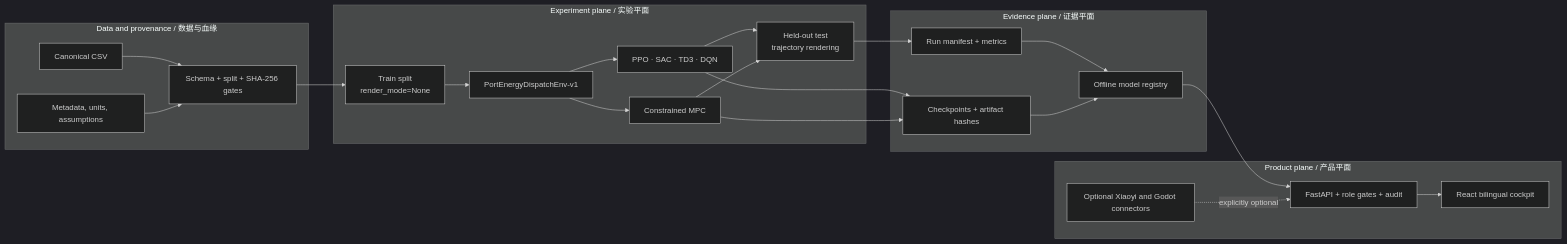
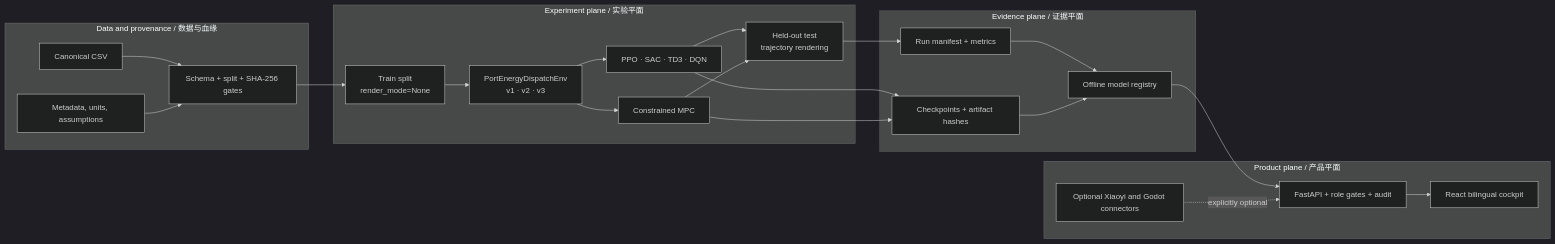
The diagram in README.md (wenjiayi123/port-energy-carbon-cockpit), drawn with Mermaid (dark theme) before and after one commit. The commit also changed other lines of this file and 66 other files, not shown here.

````diff
--- a/README.md
+++ b/README.md
@@ -93,38 +103,38 @@
 ```mermaid
 flowchart LR
   subgraph Data["Data and provenance / 数据与血缘"]
     CSV["Canonical CSV"]
     META["Metadata, units, assumptions"]
     HASH["Schema + split + SHA-256 gates"]
     CSV --> HASH
     META --> HASH
   end
 
   subgraph Experiment["Experiment plane / 实验平面"]
     TRAIN["Train split\nrender_mode=None"]
-    ENV["PortEnergyDispatchEnv-v1"]
+    ENV["PortEnergyDispatchEnv\nv1 · v2 · v3"]
     RL["PPO · SAC · TD3 · DQN"]
     MPC["Constrained MPC"]
     TEST["Held-out test\ntrajectory rendering"]
     HASH --> TRAIN --> ENV
     ENV --> RL --> TEST
     ENV --> MPC --> TEST
   end
 
   subgraph Evidence["Evidence plane / 证据平面"]
     RUN["Run manifest + metrics"]
     ART["Checkpoints + artifact hashes"]
     REG["Offline model registry"]
     TEST --> RUN --> REG
     RL --> ART --> REG
     MPC --> ART
   end
 
   subgraph Product["Product plane / 产品平面"]
     API["FastAPI + role gates + audit"]
     UI["React bilingual cockpit"]
     OPT["Optional Xiaoyi and Godot connectors"]
     REG --> API --> UI
     OPT -. "explicitly optional" .-> API
   end
 ```
````
